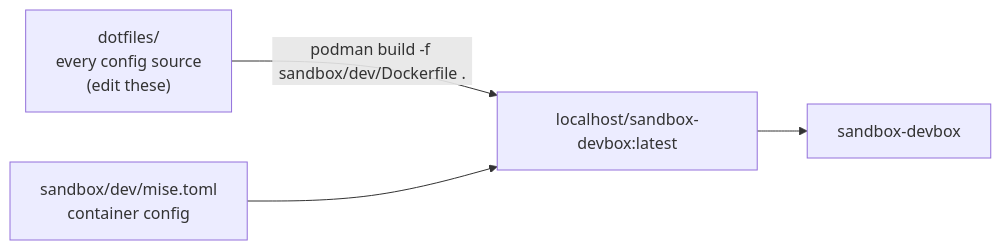
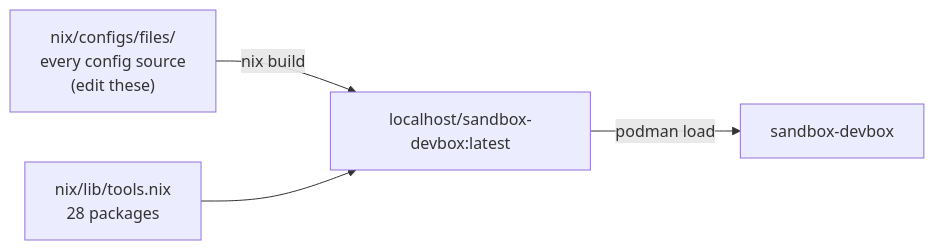
The second of 2 diagrams in docs/sandbox.md (TreeHappy/Worktainer), drawn with Mermaid before and after one commit. The commit also changed other lines of this file and 18 other files, not shown here.

````diff
--- a/docs/sandbox.md
+++ b/docs/sandbox.md
@@ -56,6 +57,6 @@
 ```mermaid
 flowchart LR
-    DOT["dotfiles/<br/>every config source<br/>(edit these)"] -->|"podman build -f sandbox/dev/Dockerfile ."| IMG["localhost/sandbox-devbox:latest"]
-    CFG["sandbox/dev/mise.toml<br/>container config"] --> IMG
-    IMG --> BOX["sandbox-devbox"]
+    DOT["nix/configs/files/<br/>every config source<br/>(edit these)"] -->|"nix build"| IMG["localhost/sandbox-devbox:latest"]
+    TOOLS["nix/lib/tools.nix<br/>28 packages"] --> IMG
+    IMG -->|"podman load"| BOX["sandbox-devbox"]
 ```
````
